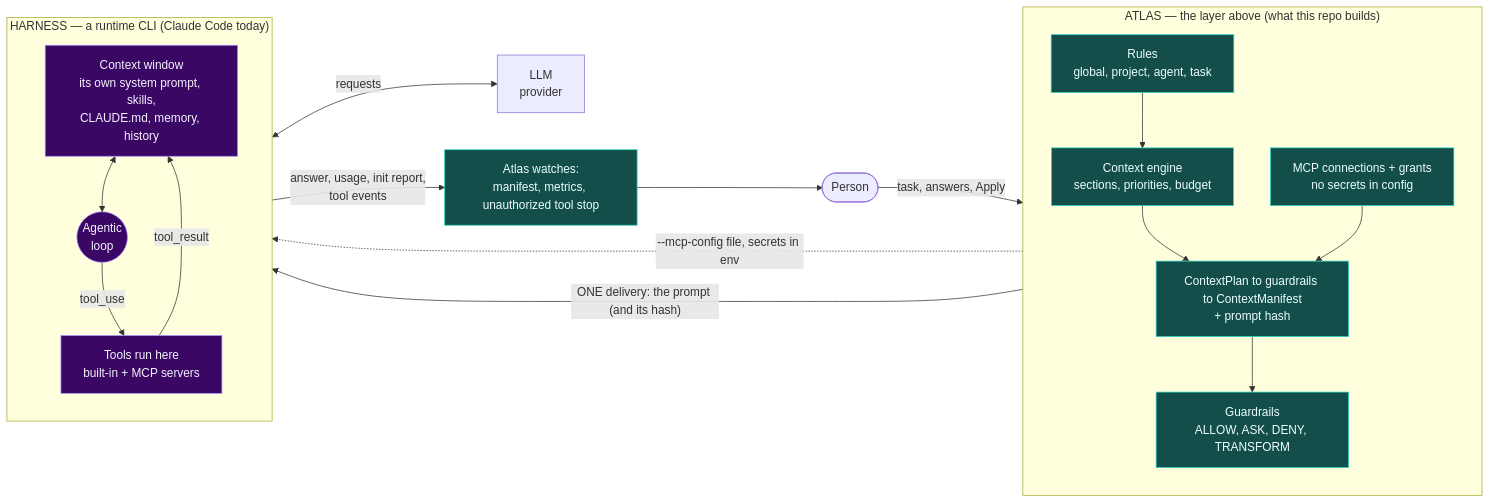
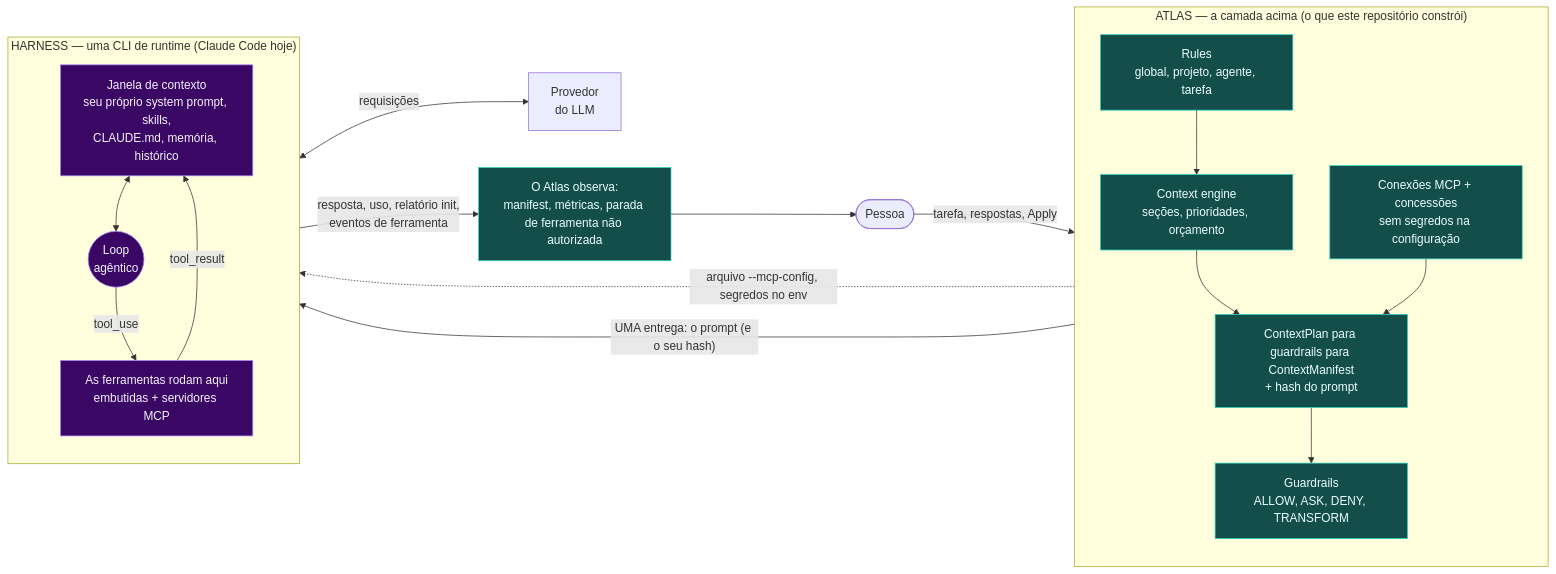
The first of 6 diagrams in docs/architecture/diagrams.md (LucasAlt40/project-atlas), drawn with Mermaid before and after one commit. The commit also changed other lines of this file and 38 other files, not shown here.

Commit message:
docs: translate architecture documentation to Portuguese

````diff
--- a/docs/architecture/diagrams.md
+++ b/docs/architecture/diagrams.md
@@ -13,37 +14,37 @@
 ```mermaid
 flowchart LR
-    User(["Person"]) -->|"task, answers, Apply"| Atlas
+    User(["Pessoa"]) -->|"tarefa, respostas, Apply"| Atlas
 
-    subgraph Atlas["ATLAS — the layer above (what this repo builds)"]
+    subgraph Atlas["ATLAS — a camada acima (o que este repositório constrói)"]
         direction TB
-        Rules["Rules<br/>global, project, agent, task"]
-        Ctx["Context engine<br/>sections, priorities, budget"]
-        Plan["ContextPlan to guardrails to ContextManifest<br/>+ prompt hash"]
+        Rules["Rules<br/>global, projeto, agente, tarefa"]
+        Ctx["Context engine<br/>seções, prioridades, orçamento"]
+        Plan["ContextPlan para guardrails para ContextManifest<br/>+ hash do prompt"]
         Gate["Guardrails<br/>ALLOW, ASK, DENY, TRANSFORM"]
-        MCPcfg["MCP connections + grants<br/>no secrets in config"]
+        MCPcfg["Conexões MCP + concessões<br/>sem segredos na configuração"]
         Rules --> Ctx --> Plan --> Gate
         MCPcfg --> Plan
     end
 
-    Gate -->|"ONE delivery: the prompt (and its hash)"| Harness
+    Gate -->|"UMA entrega: o prompt (e o seu hash)"| Harness
 
-    subgraph Harness["HARNESS — a runtime CLI (Claude Code today)"]
+    subgraph Harness["HARNESS — uma CLI de runtime (Claude Code hoje)"]
         direction TB
-        Window["Context window<br/>its own system prompt, skills,<br/>CLAUDE.md, memory, history"]
-        Loop(("Agentic<br/>loop"))
-        Tools["Tools run here<br/>built-in + MCP servers"]
+        Window["Janela de contexto<br/>seu próprio system prompt, skills,<br/>CLAUDE.md, memória, histórico"]
+        Loop(("Loop<br/>agêntico"))
+        Tools["As ferramentas rodam aqui<br/>embutidas + servidores MCP"]
         Window <--> Loop
         Loop -->|"tool_use"| Tools
         Tools -->|"tool_result"| Window
     end
 
-    Loop <-->|"requests"| LLM["LLM<br/>provider"]
-    Harness -->|"answer, usage, init report,<br/>tool events"| Watch
-    Watch["Atlas watches:<br/>manifest, metrics, unauthorized tool stop"] --> User
-    MCPcfg -.->|"--mcp-config file, secrets in env"| Tools
+    Loop <-->|"requisições"| LLM["Provedor<br/>do LLM"]
+    Harness -->|"resposta, uso, relatório init,<br/>eventos de ferramenta"| Watch
+    Watch["O Atlas observa:<br/>manifest, métricas, parada de ferramenta não autorizada"] --> User
+    MCPcfg -.->|"arquivo --mcp-config, segredos no env"| Tools
 
     classDef atlas fill:#134e4a,stroke:#2dd4bf,color:#ecfeff;
     classDef harness fill:#3b0764,stroke:#a78bfa,color:#f5f3ff;
     class Rules,Ctx,Plan,Gate,MCPcfg,Watch atlas;
     class Window,Loop,Tools harness;
 ```
````
